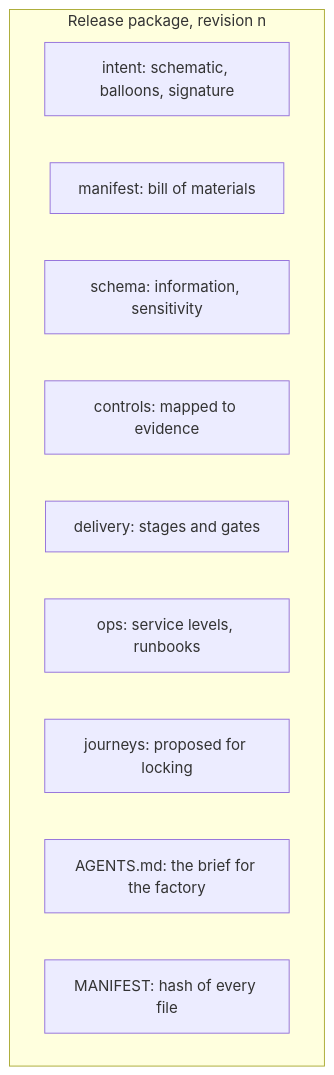
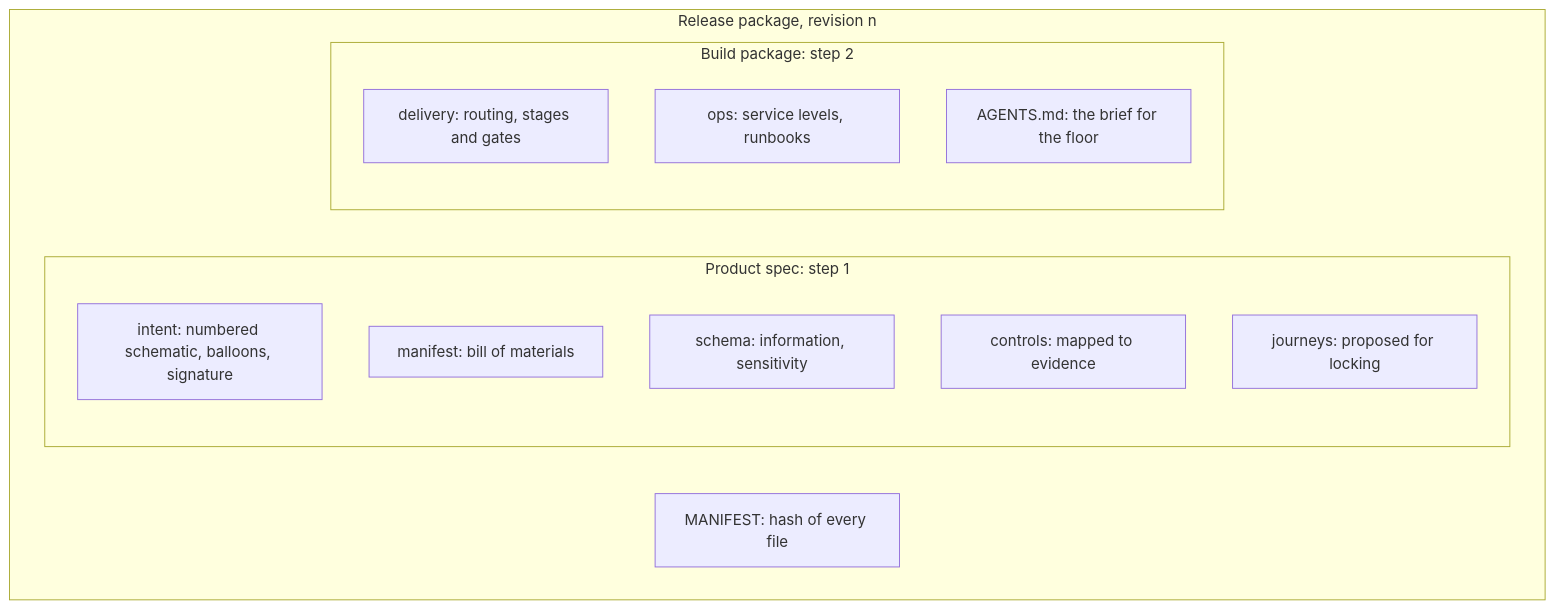
The third of 5 diagrams in intent/papers/engineering.md (russlittle/ZTHR), drawn with Mermaid before and after one commit. The commit also changed other lines of this file and 13 other files, not shown here.

````diff
--- a/intent/papers/engineering.md
+++ b/intent/papers/engineering.md
@@ -116,14 +138,18 @@
 ```mermaid
 flowchart TB
   subgraph Package["Release package, revision n"]
-    A[intent: schematic, balloons, signature]
-    B[manifest: bill of materials]
-    C[schema: information, sensitivity]
-    D[controls: mapped to evidence]
-    E[delivery: stages and gates]
-    F[ops: service levels, runbooks]
-    G[journeys: proposed for locking]
-    H[AGENTS.md: the brief for the factory]
+    subgraph Spec["Product spec: step 1"]
+      A[intent: numbered schematic, balloons, signature]
+      B[manifest: bill of materials]
+      C[schema: information, sensitivity]
+      D[controls: mapped to evidence]
+      G[journeys: proposed for locking]
+    end
+    subgraph Build["Build package: step 2"]
+      E[delivery: routing, stages and gates]
+      F[ops: service levels, runbooks]
+      H[AGENTS.md: the brief for the floor]
+    end
     I[MANIFEST: hash of every file]
   end
 ```
````
